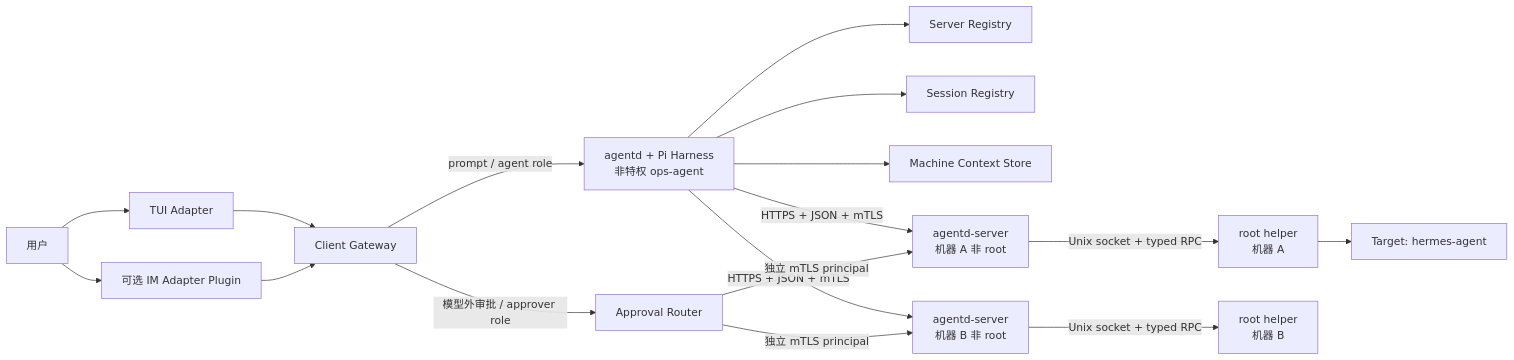
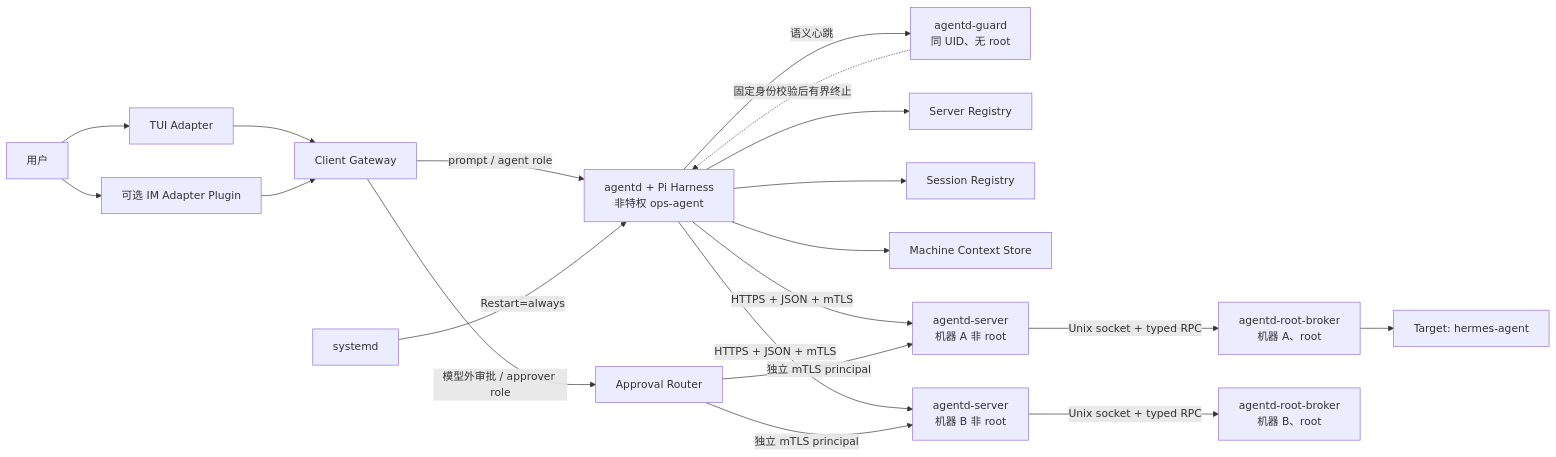
One commit to KiritoKing/pi-ops-agent changed the diagram in docs/architecture.md. Above: the diagram before and after it, drawn with Mermaid. The commit also changed other lines of this file and 6 other files, not shown here.

Commit message:
docs: align component architecture naming

````diff
--- a/docs/architecture.md
+++ b/docs/architecture.md
@@ -24,19 +55,22 @@
 ```mermaid
 flowchart LR
   U["用户"] --> T["TUI Adapter"]
   U --> I["可选 IM Adapter Plugin"]
   T --> C["Client Gateway"]
   I --> C
   C -->|"prompt / agent role"| A["agentd + Pi Harness\n非特权 ops-agent"]
   C -->|"模型外审批 / approver role"| P["Approval Router"]
+  A -->|"语义心跳"| G["agentd-guard\n同 UID、无 root"]
+  G -.->|"固定身份校验后有界终止"| A
+  SD["systemd"] -->|"Restart=always"| A
   A --> R["Server Registry"]
   A --> S["Session Registry"]
   A --> M["Machine Context Store"]
   A -->|"HTTPS + JSON + mTLS"| E1["agentd-server\n机器 A 非 root"]
   A -->|"HTTPS + JSON + mTLS"| E2["agentd-server\n机器 B 非 root"]
   P -->|"独立 mTLS principal"| E1
   P -->|"独立 mTLS principal"| E2
-  E1 -->|"Unix socket + typed RPC"| H1["root helper\n机器 A"]
-  E2 -->|"Unix socket + typed RPC"| H2["root helper\n机器 B"]
+  E1 -->|"Unix socket + typed RPC"| H1["agentd-root-broker\n机器 A、root"]
+  E2 -->|"Unix socket + typed RPC"| H2["agentd-root-broker\n机器 B、root"]
   H1 --> TA["Target: hermes-agent"]
 ```
````
